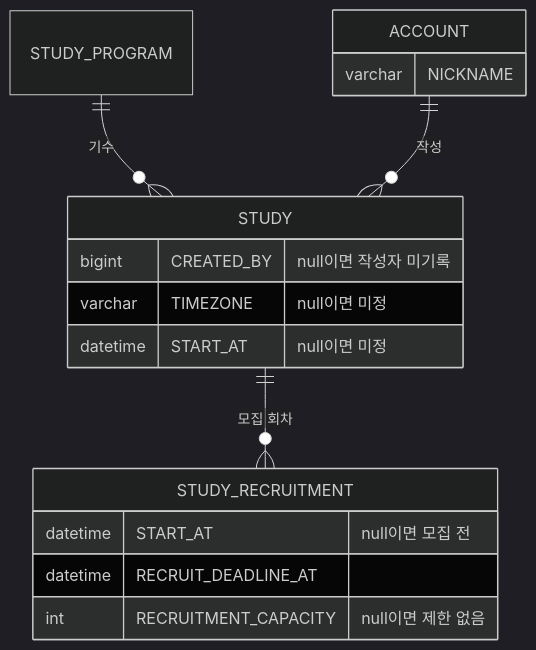
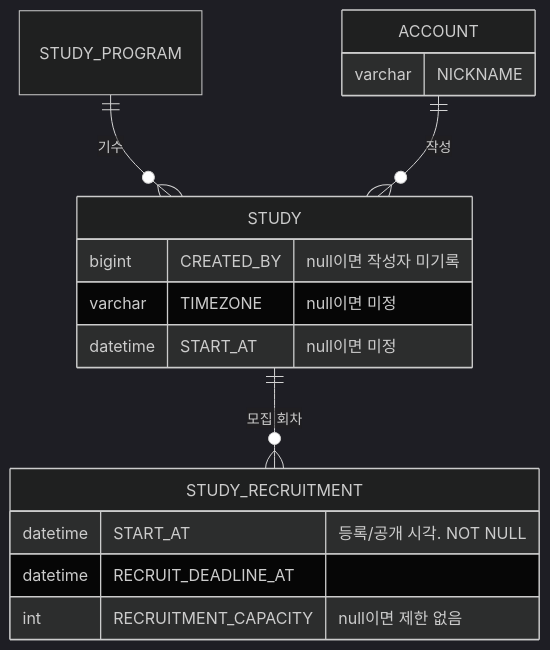
Before and after one commit to StudyClub-PlusPlus/studyclub-engineering: the second of 2 diagrams in planning/stories/captain-list-all-studies/PRD.md, drawn with Mermaid (dark theme). The commit also changed 11 other files, not shown here.

````diff
--- a/planning/stories/captain-list-all-studies/PRD.md
+++ b/planning/stories/captain-list-all-studies/PRD.md
@@ -149,19 +149,19 @@
 ```mermaid
 erDiagram
   STUDY_PROGRAM ||--o{ STUDY : "기수"
   STUDY ||--o{ STUDY_RECRUITMENT : "모집 회차"
   ACCOUNT ||--o{ STUDY : "작성"
   STUDY {
     bigint CREATED_BY "null이면 작성자 미기록"
     varchar TIMEZONE "null이면 미정"
     datetime START_AT "null이면 미정"
   }
   STUDY_RECRUITMENT {
-    datetime START_AT "null이면 모집 전"
+    datetime START_AT "등록/공개 시각. NOT NULL"
     datetime RECRUIT_DEADLINE_AT
     int RECRUITMENT_CAPACITY "null이면 제한 없음"
   }
   ACCOUNT {
     varchar NICKNAME
   }
 ```
````
